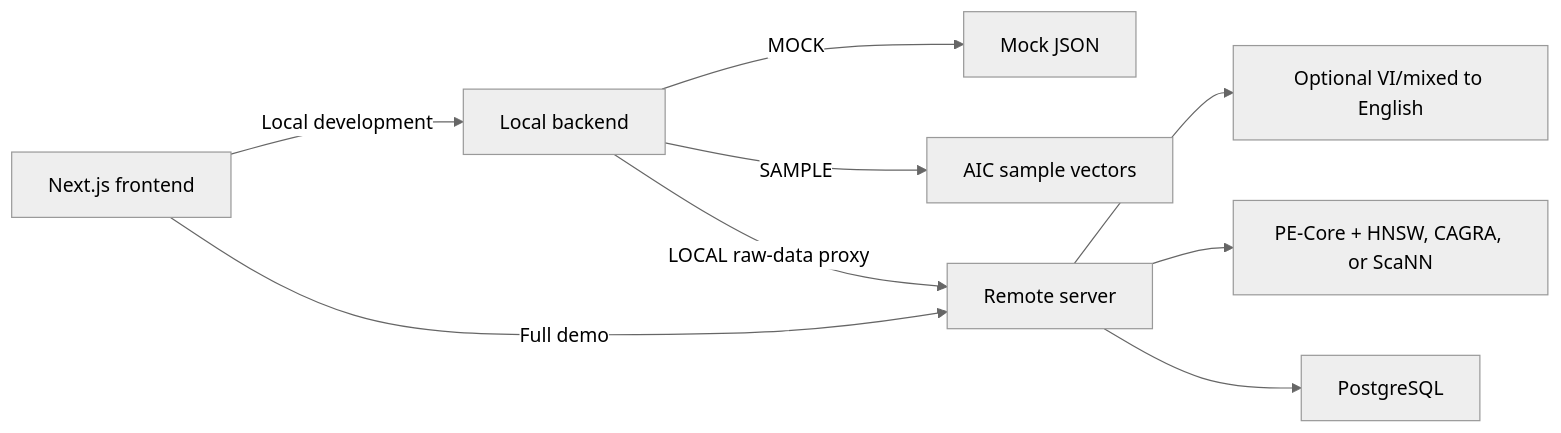
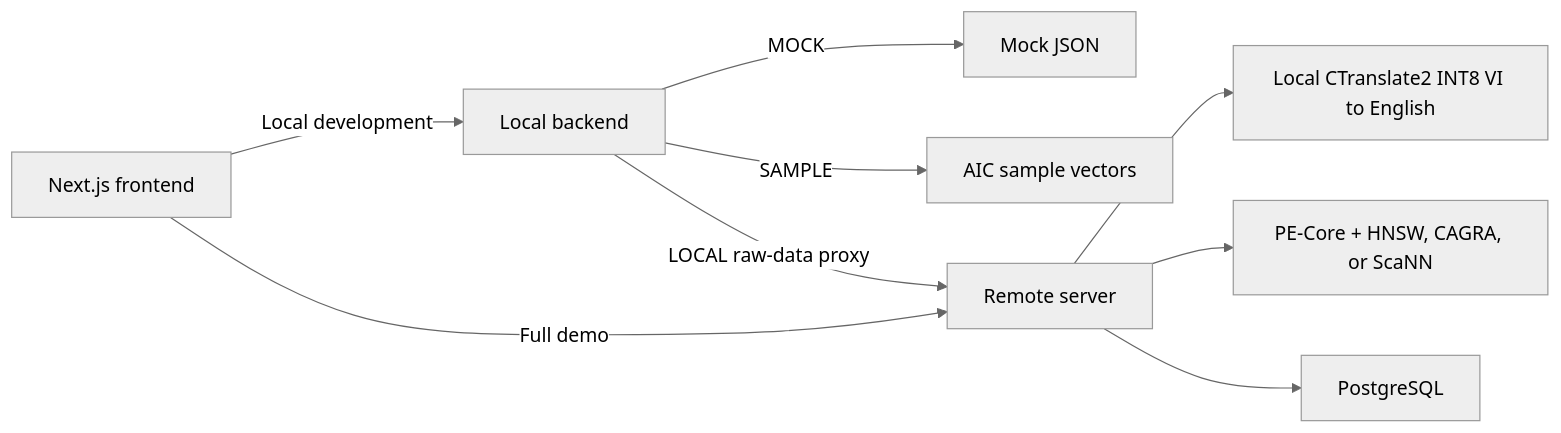
Before and after one commit to vtphatt2/AIC-HCMC-2026: the first of 2 diagrams in docs/architecture.md, drawn with Mermaid (neutral theme). The commit also changed other lines of this file and 62 other files, not shown here.

````diff
--- a/docs/architecture.md
+++ b/docs/architecture.md
@@ -9,20 +9,20 @@
 ```mermaid
 flowchart LR
     UI[Next.js frontend]
     LB[Local backend]
     RB[Remote server]
     MOCK[Mock JSON]
     SAMPLE[AIC sample vectors]
     SEARCH[PE-Core + HNSW, CAGRA, or ScaNN]
     TEXT[PostgreSQL]
-    TRANS[Optional VI/mixed to English]
+    TRANS[Local CTranslate2 INT8 VI to English]
 
     UI -->|Local development| LB
     LB -->|MOCK| MOCK
     LB -->|SAMPLE| SAMPLE
     LB -->|LOCAL raw-data proxy| RB
     UI -->|Full demo| RB
     RB --> TRANS
     RB --> SEARCH
     RB --> TEXT
 ```
````
